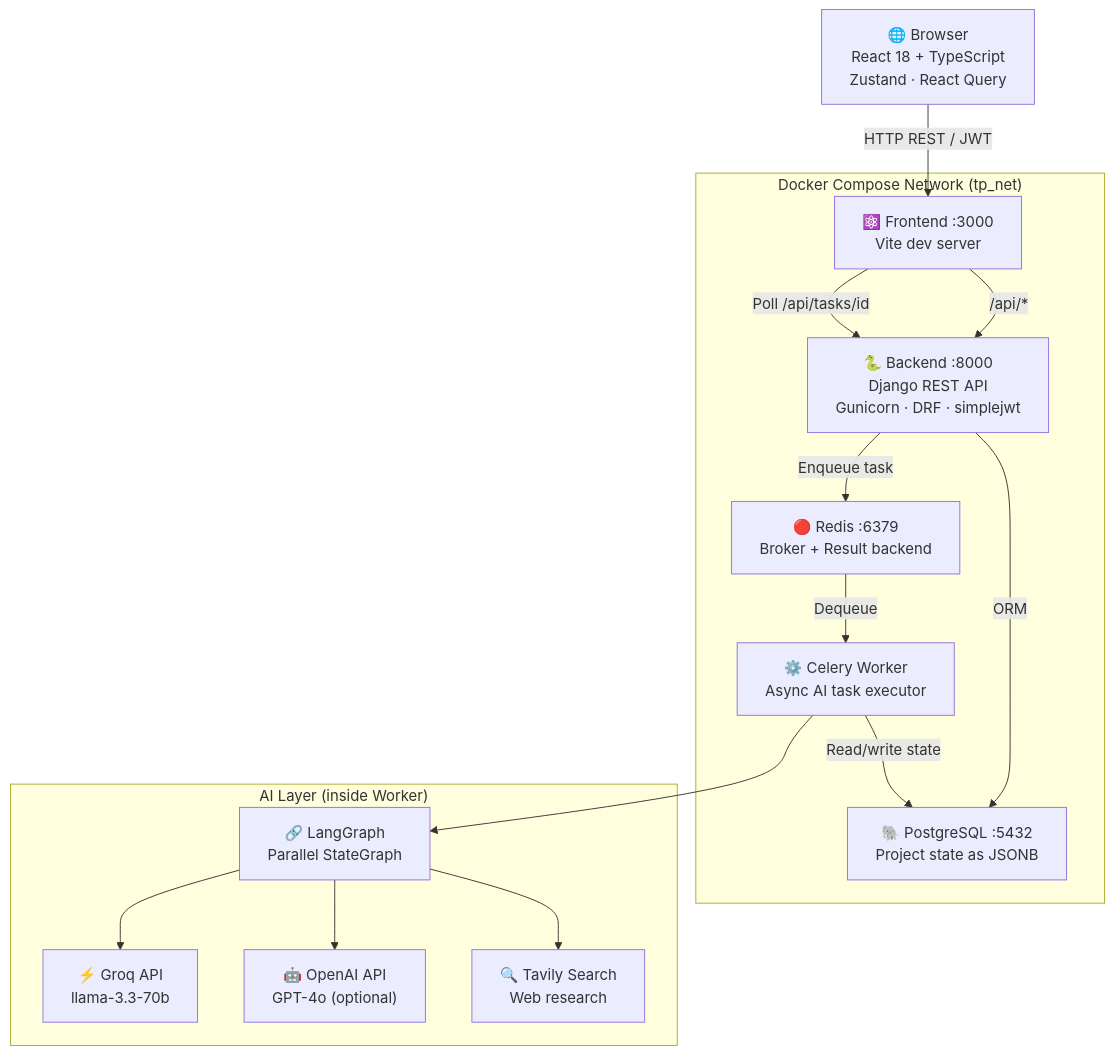
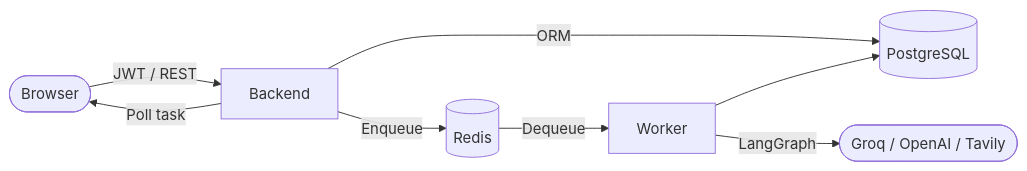
One commit to msyafach/tp_doc_ai_agent_revised changed the first of 9 diagrams in README.md. Above: the diagram before and after it, drawn with Mermaid.

Commit message:
docs: simplify architecture diagram for PDF export

````diff
--- a/README.md
+++ b/README.md
@@ -30,31 +30,10 @@
 ```mermaid
-graph TD
-    Browser["🌐 Browser\nReact 18 + TypeScript\nZustand · React Query"]
-
-    subgraph Docker["Docker Compose Network (tp_net)"]
-        Frontend["⚛️ Frontend :3000\nVite dev server"]
-        Backend["🐍 Backend :8000\nDjango REST API\nGunicorn · DRF · simplejwt"]
-        Worker["⚙️ Celery Worker\nAsync AI task executor"]
-        Redis["🔴 Redis :6379\nBroker + Result backend"]
-        DB["🐘 PostgreSQL :5432\nProject state as JSONB"]
-    end
-
-    subgraph AI["AI Layer (inside Worker)"]
-        LangGraph["🔗 LangGraph\nParallel StateGraph"]
-        Groq["⚡ Groq API\nllama-3.3-70b"]
-        OpenAI["🤖 OpenAI API\nGPT-4o (optional)"]
-        Tavily["🔍 Tavily Search\nWeb research"]
-    end
-
-    Browser -->|HTTP REST / JWT| Frontend
-    Frontend -->|/api/*| Backend
-    Backend -->|ORM| DB
-    Backend -->|Enqueue task| Redis
+graph LR
+    Browser([Browser]) -->|JWT / REST| Backend
+    Backend -->|ORM| DB[(PostgreSQL)]
+    Backend -->|Enqueue| Redis[(Redis)]
     Redis -->|Dequeue| Worker
-    Worker -->|Read/write state| DB
-    Worker --> LangGraph
-    LangGraph --> Groq
-    LangGraph --> OpenAI
-    LangGraph --> Tavily
-    Frontend -->|Poll /api/tasks/id| Backend
+    Worker -->|LangGraph| AI([Groq / OpenAI / Tavily])
+    Worker --> DB
+    Backend -->|Poll task| Browser
 ```
````
